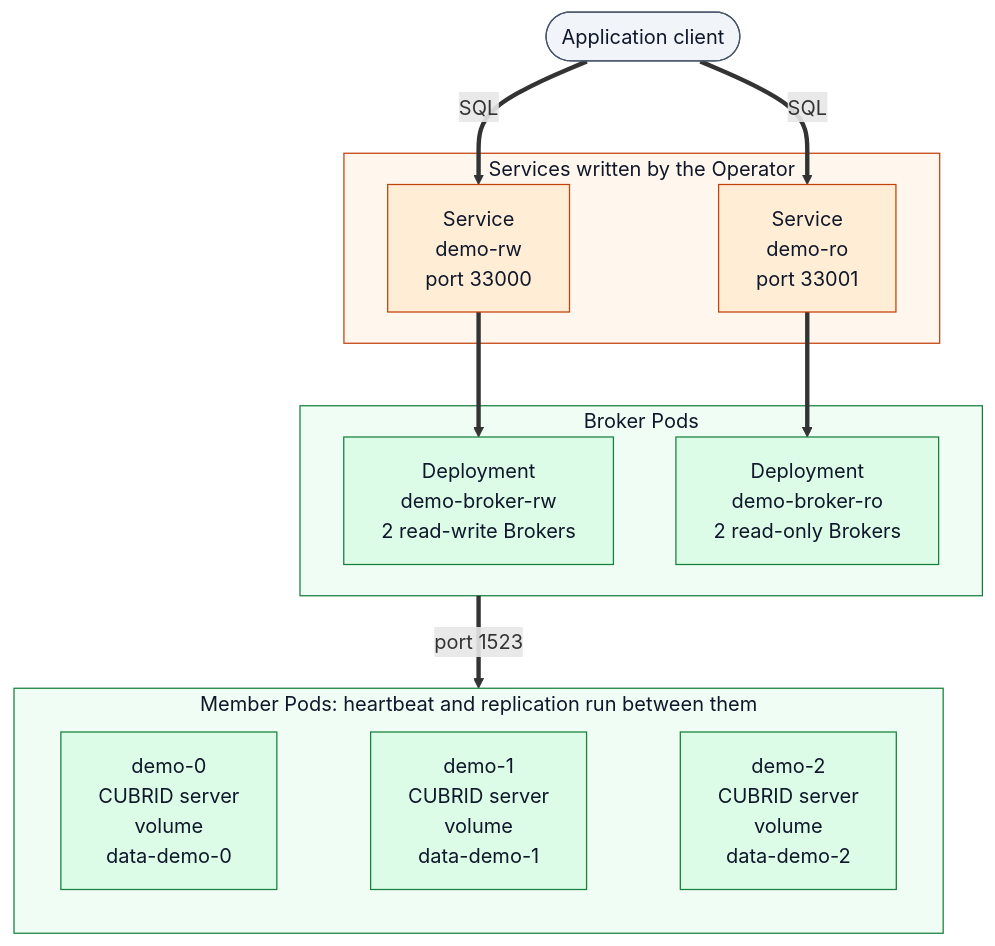
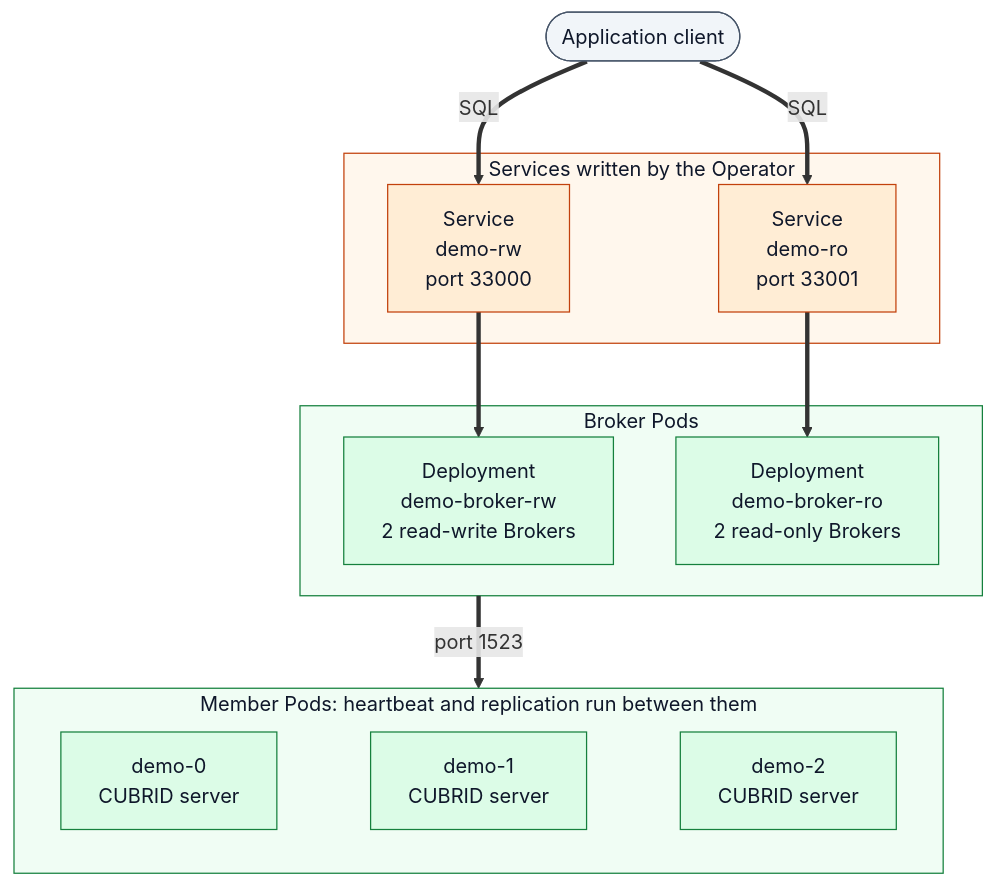
One commit to cubrid-lab/cubrid-kubernetes-operator changed the second of 2 diagrams in docs/architecture/topology.md. Above: the diagram before and after it, drawn with Mermaid. The commit also changed other lines of this file and 4 other files, not shown here.

First line of the commit message:
docs(architecture): address review of the diagram rework

````diff
--- a/docs/architecture/topology.md
+++ b/docs/architecture/topology.md
@@ -71,37 +70,37 @@
 ```mermaid
 flowchart TB
     client(["Application client"]):::ext
 
     subgraph svcs["Services written by the Operator"]
         rw["Service<br/>demo-rw<br/>port 33000"]:::op
         ro["Service<br/>demo-ro<br/>port 33001"]:::op
     end
 
     subgraph brokers["Broker Pods"]
         brw["Deployment<br/>demo-broker-rw<br/>2 read-write Brokers"]:::cubrid
         bro["Deployment<br/>demo-broker-ro<br/>2 read-only Brokers"]:::cubrid
     end
 
     subgraph members["Member Pods: heartbeat and replication run between them"]
         direction LR
-        m0["demo-0<br/>CUBRID server<br/>volume<br/>data-demo-0"]:::cubrid
-        m1["demo-1<br/>CUBRID server<br/>volume<br/>data-demo-1"]:::cubrid
-        m2["demo-2<br/>CUBRID server<br/>volume<br/>data-demo-2"]:::cubrid
+        m0["demo-0<br/>CUBRID server"]:::cubrid
+        m1["demo-1<br/>CUBRID server"]:::cubrid
+        m2["demo-2<br/>CUBRID server"]:::cubrid
         m0 ~~~ m1 ~~~ m2
     end
 
     client == "SQL" ==> rw
     client == "SQL" ==> ro
     rw ==> brw
     ro ==> bro
     brokers == "port 1523" ==> members
 
     classDef k8s fill:#dbeafe,stroke:#1d4ed8,color:#0f172a
     classDef op fill:#ffedd5,stroke:#c2410c,color:#0f172a
     classDef cubrid fill:#dcfce7,stroke:#15803d,color:#0f172a
     classDef ext fill:#f1f5f9,stroke:#475569,color:#0f172a
 
     style svcs fill:#fff7ed,stroke:#c2410c,color:#0f172a
     style brokers fill:#f0fdf4,stroke:#15803d,color:#0f172a
     style members fill:#f0fdf4,stroke:#15803d,color:#0f172a
 ```
````
